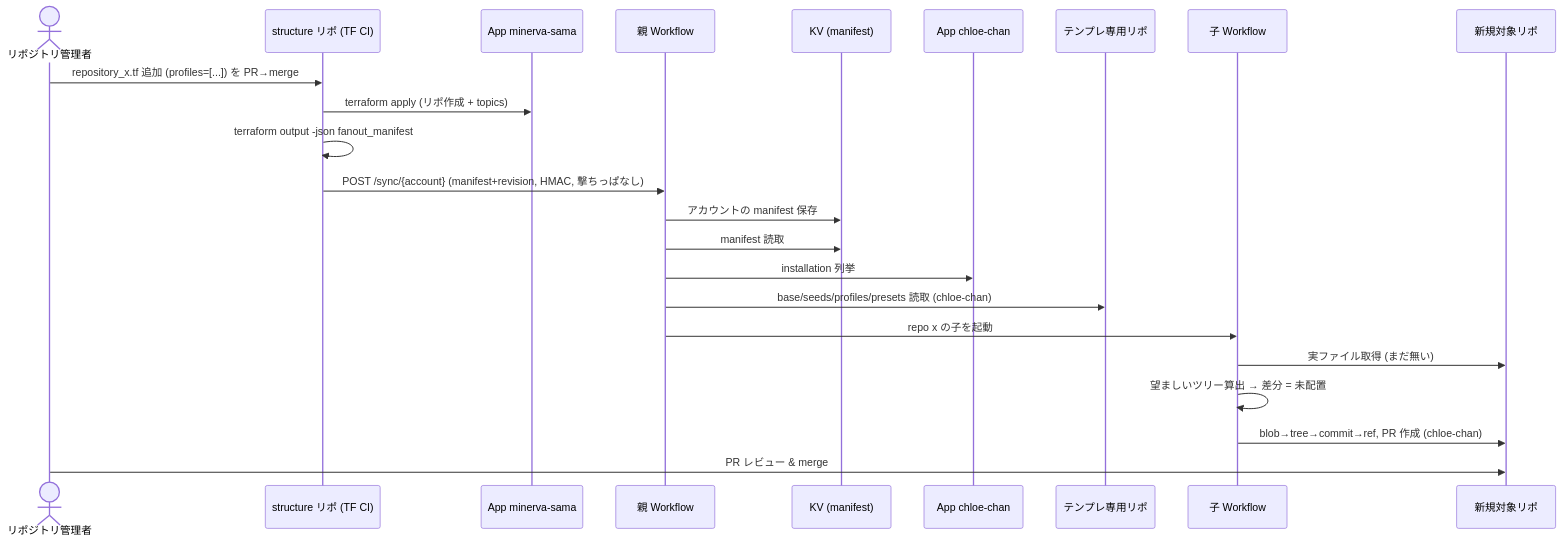
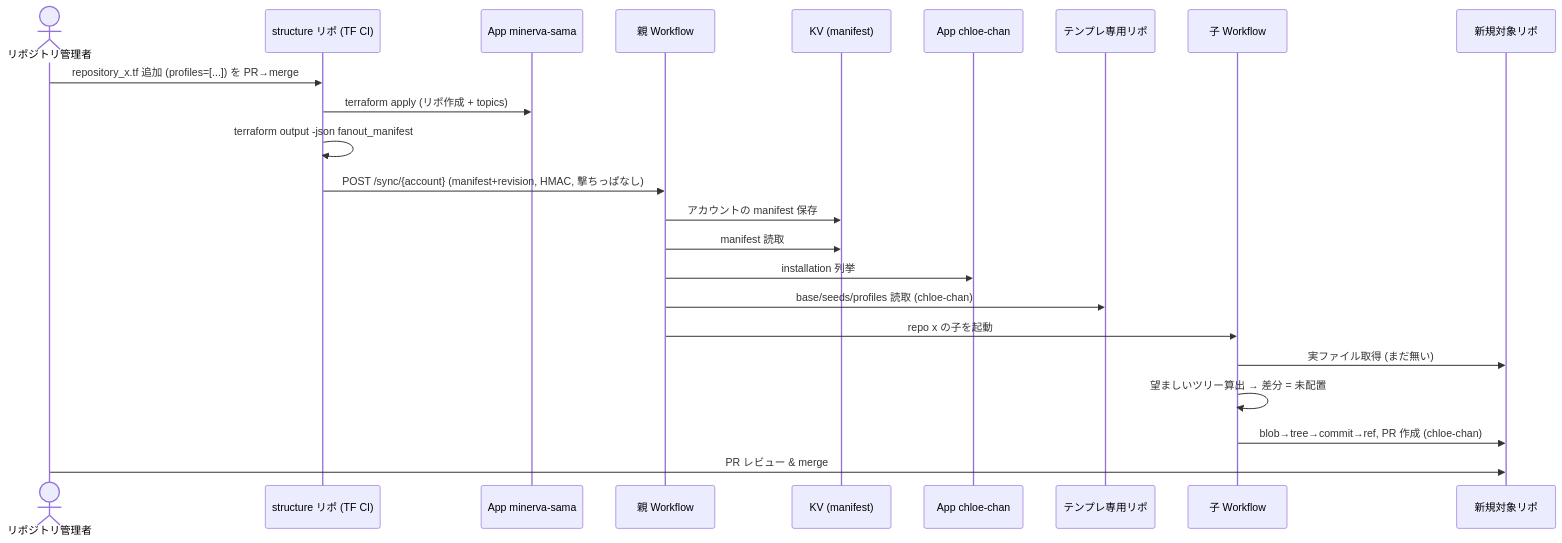
One commit to bright-room/repository-fanout changed the third of 6 diagrams in docs/superpowers/specs/2026-06-26-repository-fanout-design.md. Above: the diagram before and after it, drawn with Mermaid. The commit also changed other lines of this file and 18 other files, not shown here.

````diff
--- a/docs/superpowers/specs/2026-06-26-repository-fanout-design.md
+++ b/docs/superpowers/specs/2026-06-26-repository-fanout-design.md
@@ -446,26 +463,26 @@
 ```mermaid
 sequenceDiagram
   actor M as リポジトリ管理者
   participant SR as structure リポ (TF CI)
   participant MIN as App minerva-sama
   participant P as 親 Workflow
   participant KV as KV (manifest)
   participant CHL as App chloe-chan
   participant TR as テンプレ専用リポ
   participant C as 子 Workflow
   participant Repo as 新規対象リポ
 
   M->>SR: repository_x.tf 追加 (profiles=[...]) を PR→merge
   SR->>MIN: terraform apply (リポ作成 + topics)
   SR->>SR: terraform output -json fanout_manifest
   SR->>P: POST /sync/{account} (manifest+revision, HMAC, 撃ちっぱなし)
   P->>KV: アカウントの manifest 保存
   P->>KV: manifest 読取
   P->>CHL: installation 列挙
-  P->>TR: base/seeds/profiles/presets 読取 (chloe-chan)
+  P->>TR: base/seeds/profiles 読取 (chloe-chan)
   P->>C: repo x の子を起動
   C->>Repo: 実ファイル取得 (まだ無い)
   C->>C: 望ましいツリー算出 → 差分 = 未配置
   C->>Repo: blob→tree→commit→ref, PR 作成 (chloe-chan)
   M->>Repo: PR レビュー & merge
 ```
````
